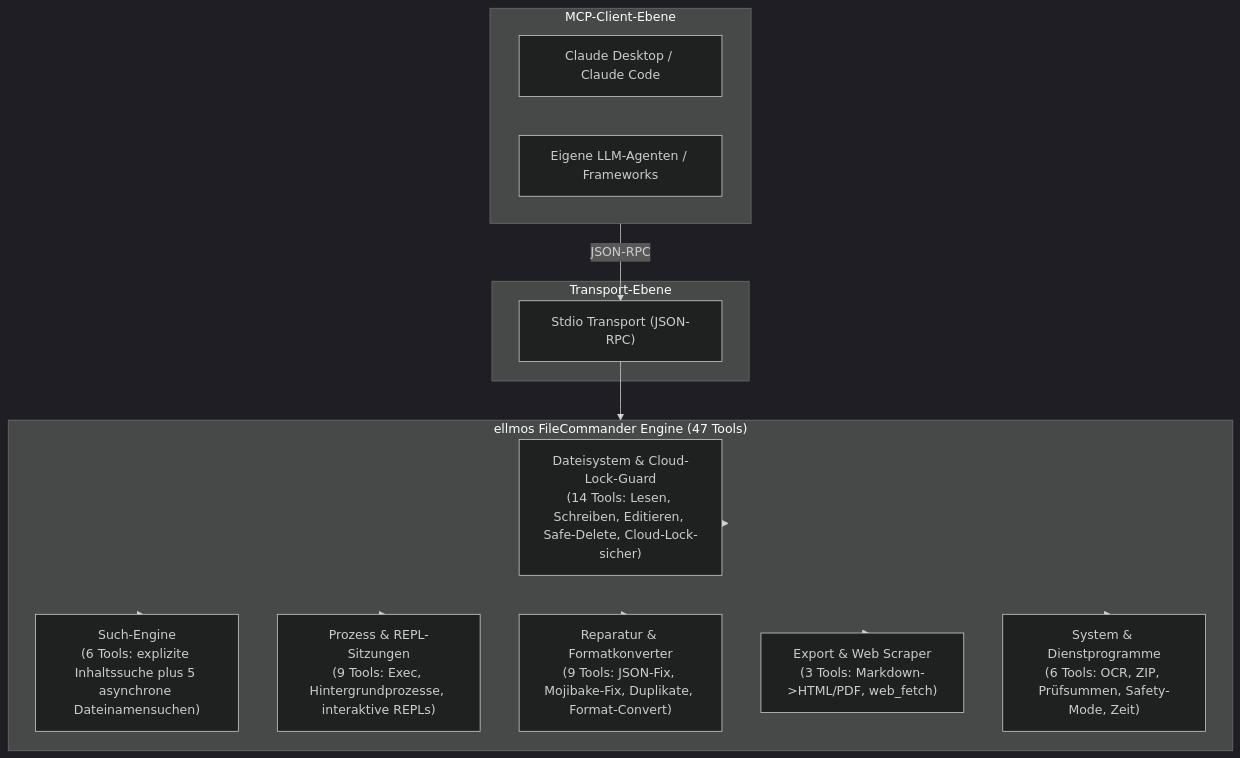
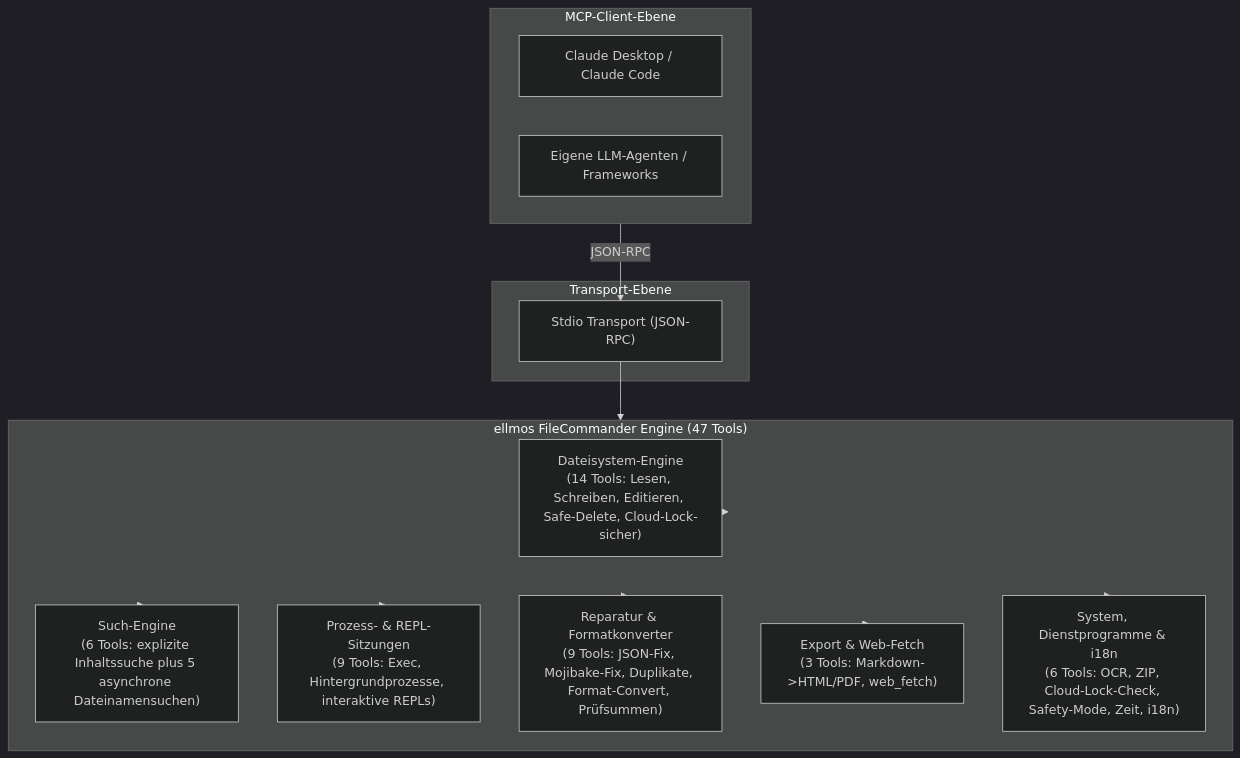
The diagram in README_de.md (ellmos-ai/ellmos-filecommander-mcp), drawn with Mermaid (dark theme) before and after one commit. The commit also changed other lines of this file and 3 other files, not shown here.

Commit message:
docs(marketing): add MCP tools & test badges, complete 47-tool System table with fc_set_language, synchronize Mermaid architecture and update llms.txt [G 2026-08-14]

````diff
--- a/README_de.md
+++ b/README_de.md
@@ -55,29 +57,29 @@
 ```mermaid
 flowchart TD
     subgraph Client["MCP-Client-Ebene"]
         Claude["Claude Desktop / Claude Code"]
         Custom["Eigene LLM-Agenten / Frameworks"]
     end
 
     subgraph Transport["Transport-Ebene"]
         Stdio["Stdio Transport (JSON-RPC)"]
     end
 
     subgraph Core["ellmos FileCommander Engine (47 Tools)"]
-        FS["Dateisystem & Cloud-Lock-Guard\n(14 Tools: Lesen, Schreiben, Editieren, Safe-Delete, Cloud-Lock-sicher)"]
+        FS["Dateisystem-Engine\n(14 Tools: Lesen, Schreiben, Editieren, Safe-Delete, Cloud-Lock-sicher)"]
         Search["Such-Engine\n(6 Tools: explizite Inhaltssuche plus 5 asynchrone Dateinamensuchen)"]
-        Proc["Prozess & REPL-Sitzungen\n(9 Tools: Exec, Hintergrundprozesse, interaktive REPLs)"]
-        Repair["Reparatur & Formatkonverter\n(9 Tools: JSON-Fix, Mojibake-Fix, Duplikate, Format-Convert)"]
-        Export["Export & Web Scraper\n(3 Tools: Markdown->HTML/PDF, web_fetch)"]
-        Sys["System & Dienstprogramme\n(6 Tools: OCR, ZIP, Prüfsummen, Safety-Mode, Zeit)"]
+        Proc["Prozess- & REPL-Sitzungen\n(9 Tools: Exec, Hintergrundprozesse, interaktive REPLs)"]
+        Repair["Reparatur & Formatkonverter\n(9 Tools: JSON-Fix, Mojibake-Fix, Duplikate, Format-Convert, Prüfsummen)"]
+        Export["Export & Web-Fetch\n(3 Tools: Markdown->HTML/PDF, web_fetch)"]
+        Sys["System, Dienstprogramme & i18n\n(6 Tools: OCR, ZIP, Cloud-Lock-Check, Safety-Mode, Zeit, i18n)"]
     end
 
     Client -->|JSON-RPC| Stdio
     Stdio --> Core
     Core --> FS
     Core --> Search
     Core --> Proc
     Core --> Repair
     Core --> Export
     Core --> Sys
 ```
````
